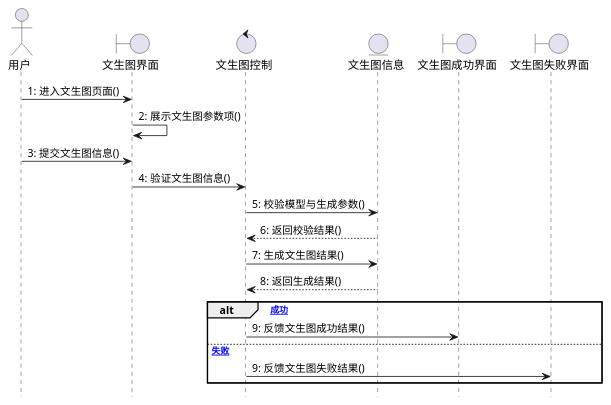
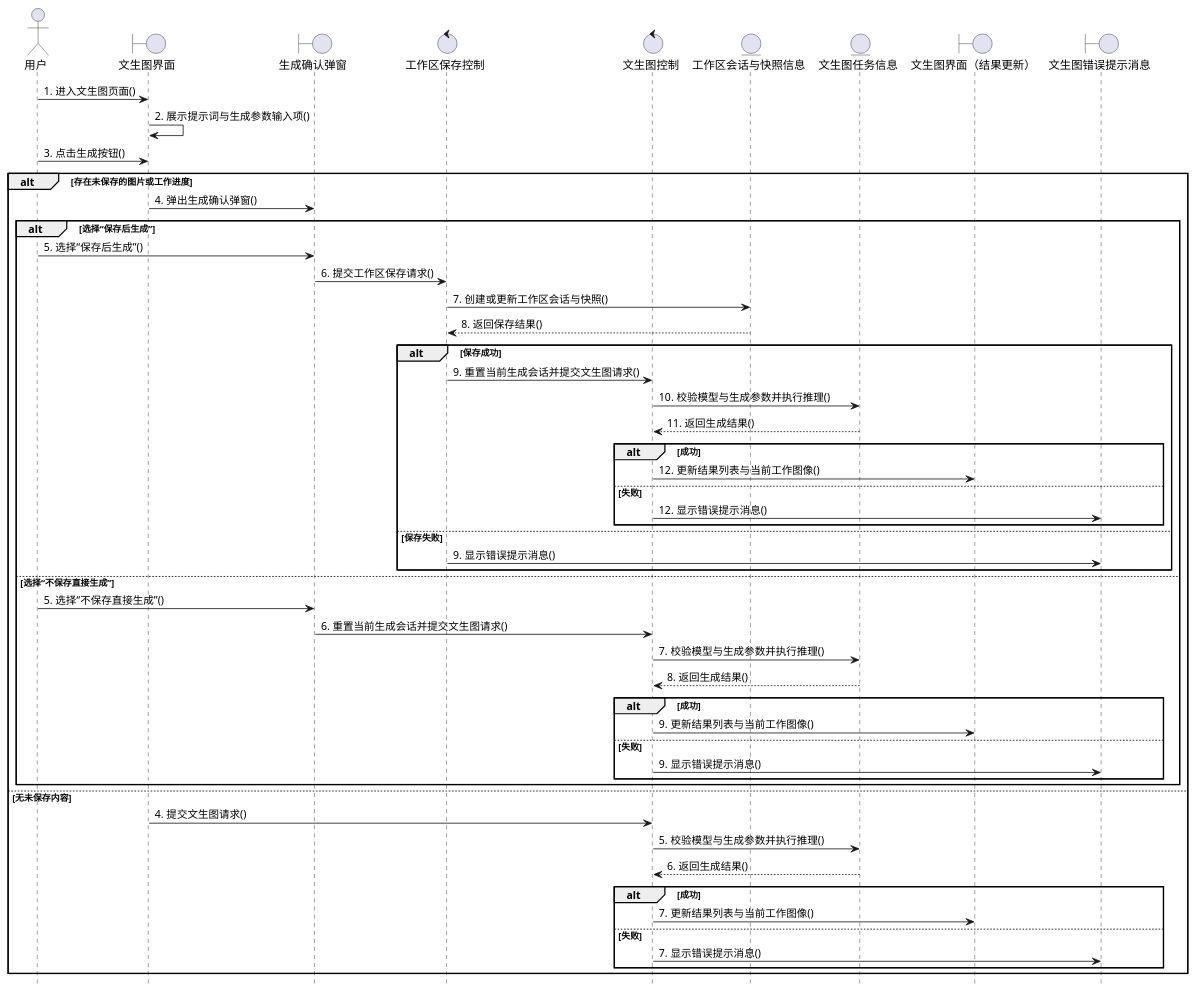
The third of 16 diagrams in doc/paper.md (LyferLu/Artie), drawn with PlantUML before and after one commit. The commit also changed other lines of this file, not shown here.

````diff
--- a/doc/paper.md
+++ b/doc/paper.md
@@ -698,25 +698,58 @@
 ```plantuml
 @startuml
 hide footbox
 actor 用户
 boundary "文生图界面" as B1
+boundary "生成确认弹窗" as BD1
+control "工作区保存控制" as CW1
 control "文生图控制" as C1
-entity "文生图信息" as E1
-boundary "文生图成功界面" as BS1
-boundary "文生图失败界面" as BF1
+entity "工作区会话与快照信息" as EW1
+entity "文生图任务信息" as E1
+boundary "文生图界面（结果更新）" as BS1
+boundary "文生图错误提示消息" as BF1
 
-用户 -> B1 : 1: 进入文生图页面()
-B1 -> B1 : 2: 展示文生图参数项()
-用户 -> B1 : 3: 提交文生图信息()
-B1 -> C1 : 4: 验证文生图信息()
-C1 -> E1 : 5: 校验模型与生成参数()
-E1 --> C1 : 6: 返回校验结果()
-C1 -> E1 : 7: 生成文生图结果()
-E1 --> C1 : 8: 返回生成结果()
-alt [成功]
-  C1 -> BS1 : 9: 反馈文生图成功结果()
-else [失败]
-  C1 -> BF1 : 9: 反馈文生图失败结果()
+用户 -> B1 : 1. 进入文生图页面()
+B1 -> B1 : 2. 展示提示词与生成参数输入项()
+用户 -> B1 : 3. 点击生成按钮()
+alt 存在未保存的图片或工作进度
+  B1 -> BD1 : 4. 弹出生成确认弹窗()
+  alt 选择“保存后生成”
+    用户 -> BD1 : 5. 选择“保存后生成”()
+    BD1 -> CW1 : 6. 提交工作区保存请求()
+    CW1 -> EW1 : 7. 创建或更新工作区会话与快照()
+    EW1 --> CW1 : 8. 返回保存结果()
+    alt 保存成功
+      CW1 -> C1 : 9. 重置当前生成会话并提交文生图请求()
+      C1 -> E1 : 10. 校验模型与生成参数并执行推理()
+      E1 --> C1 : 11. 返回生成结果()
+      alt 成功
+        C1 -> BS1 : 12. 更新结果列表与当前工作图像()
+      else 失败
+        C1 -> BF1 : 12. 显示错误提示消息()
+      end
+    else 保存失败
+      CW1 -> BF1 : 9. 显示错误提示消息()
+    end
+  else 选择“不保存直接生成”
+    用户 -> BD1 : 5. 选择“不保存直接生成”()
+    BD1 -> C1 : 6. 重置当前生成会话并提交文生图请求()
+    C1 -> E1 : 7. 校验模型与生成参数并执行推理()
+    E1 --> C1 : 8. 返回生成结果()
+    alt 成功
+      C1 -> BS1 : 9. 更新结果列表与当前工作图像()
+    else 失败
+      C1 -> BF1 : 9. 显示错误提示消息()
+    end
+  end
+else 无未保存内容
+  B1 -> C1 : 4. 提交文生图请求()
+  C1 -> E1 : 5. 校验模型与生成参数并执行推理()
+  E1 --> C1 : 6. 返回生成结果()
+  alt 成功
+    C1 -> BS1 : 7. 更新结果列表与当前工作图像()
+  else 失败
+    C1 -> BF1 : 7. 显示错误提示消息()
+  end
 end
 @enduml
 ```
````
